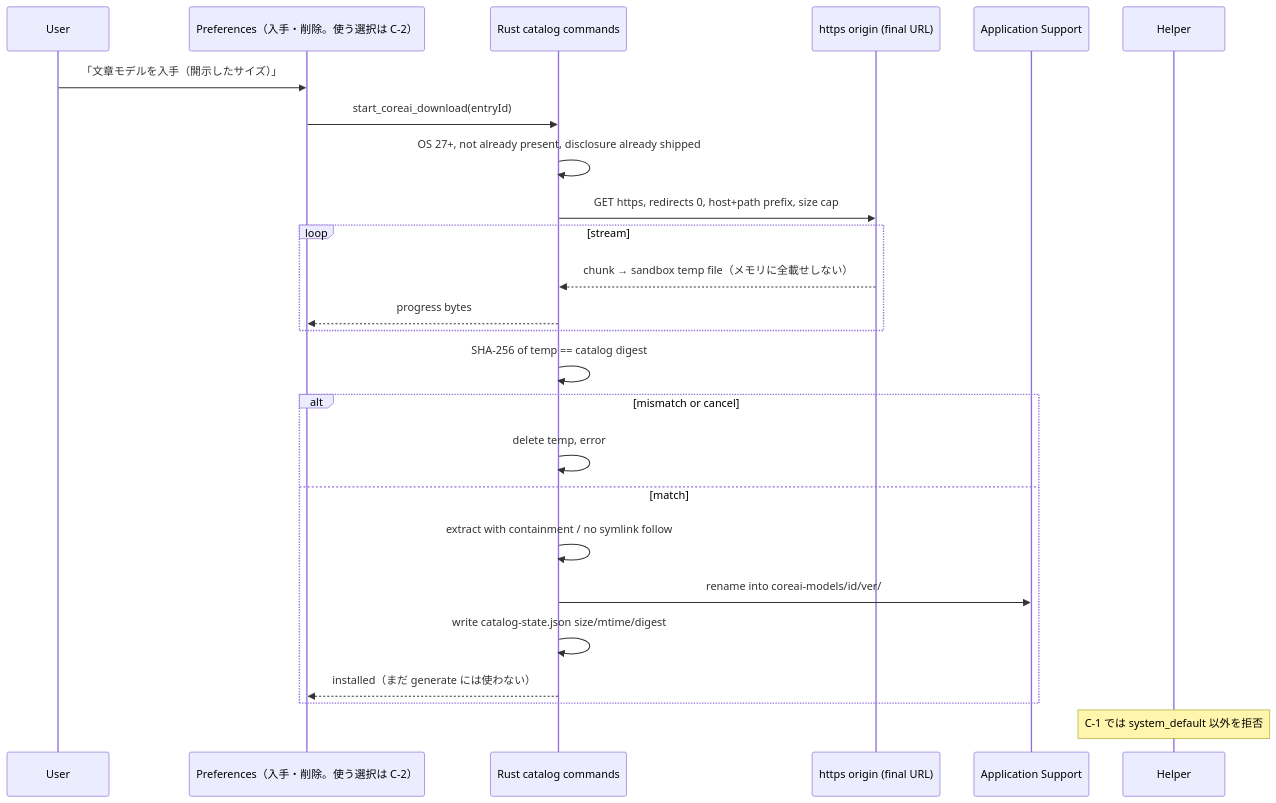
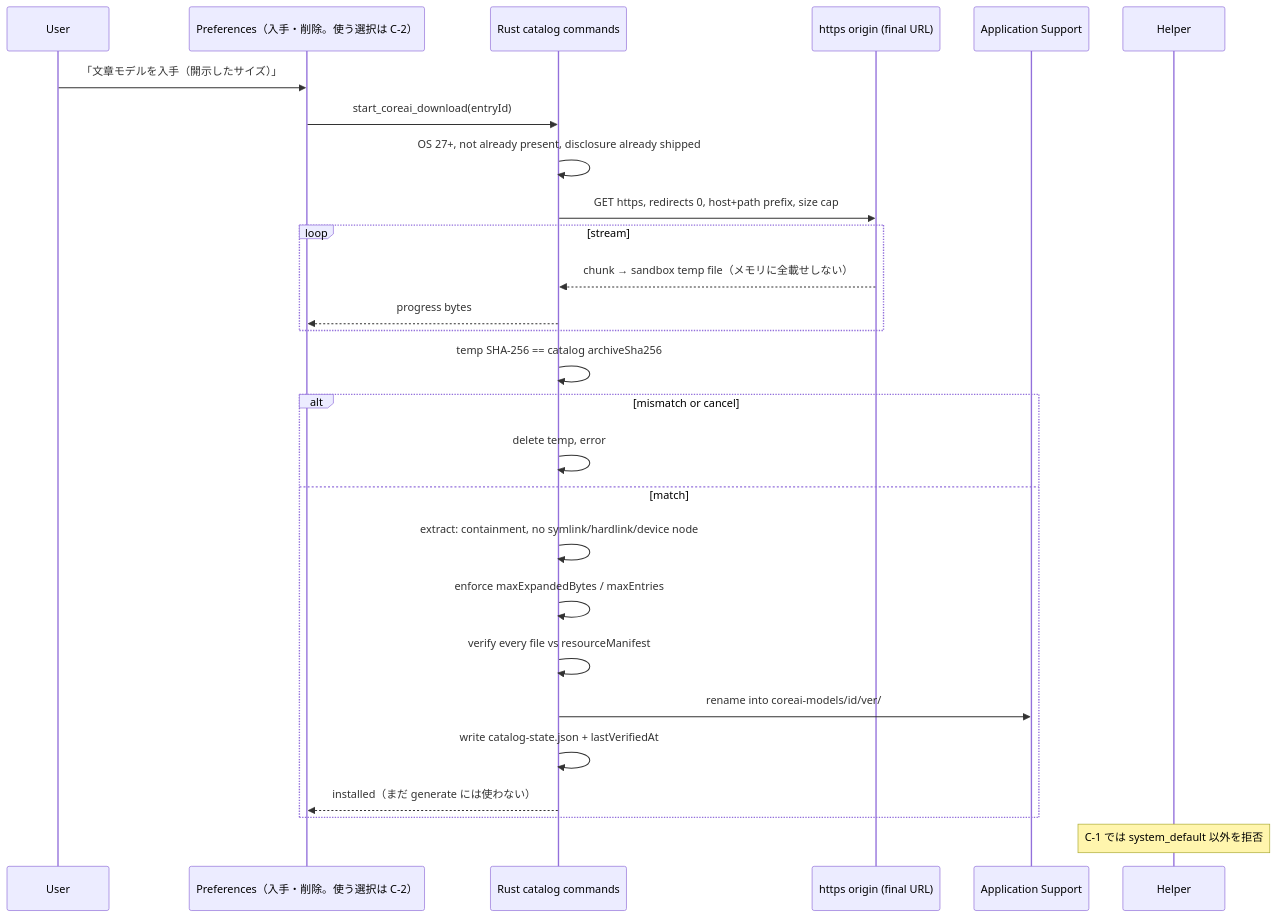
Before and after one commit to lero003/hazakura-editor: the fourth of 6 diagrams in docs/core-ai-c0-design.md, drawn with Mermaid. The commit also changed other lines of this file and 5 other files, not shown here.

````diff
--- a/docs/core-ai-c0-design.md
+++ b/docs/core-ai-c0-design.md
@@ -386,28 +422,30 @@
 ```mermaid
 sequenceDiagram
   participant U as User
   participant Pref as Preferences（入手・削除。使う選択は C-2）
   participant R as Rust catalog commands
   participant Net as https origin (final URL)
   participant Disk as Application Support
   participant H as Helper
 
   U->>Pref: 「文章モデルを入手（開示したサイズ）」
   Pref->>R: start_coreai_download(entryId)
   R->>R: OS 27+, not already present, disclosure already shipped
   R->>Net: GET https, redirects 0, host+path prefix, size cap
   loop stream
     Net-->>R: chunk → sandbox temp file（メモリに全載せしない）
     R-->>Pref: progress bytes
   end
-  R->>R: SHA-256 of temp == catalog digest
+  R->>R: temp SHA-256 == catalog archiveSha256
   alt mismatch or cancel
     R->>R: delete temp, error
   else match
-    R->>R: extract with containment / no symlink follow
+    R->>R: extract: containment, no symlink/hardlink/device node
+    R->>R: enforce maxExpandedBytes / maxEntries
+    R->>R: verify every file vs resourceManifest
     R->>Disk: rename into coreai-models/id/ver/
-    R->>R: write catalog-state.json size/mtime/digest
+    R->>R: write catalog-state.json + lastVerifiedAt
     R-->>Pref: installed（まだ generate には使わない）
   end
   Note over H: C-1 では system_default 以外を拒否
 ```
````
